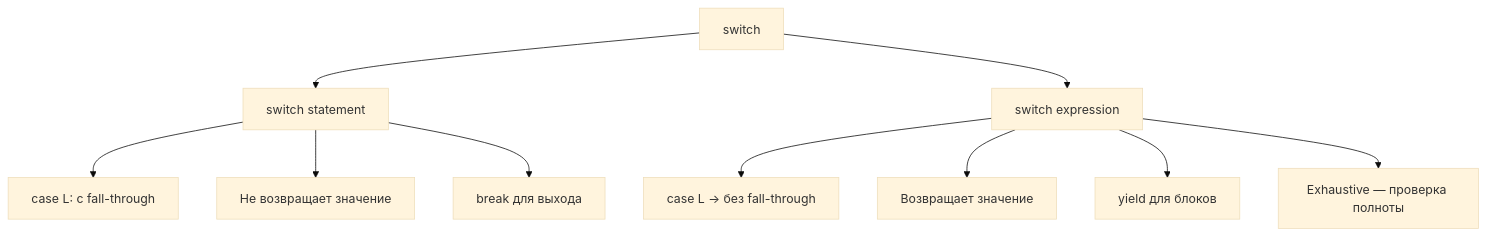
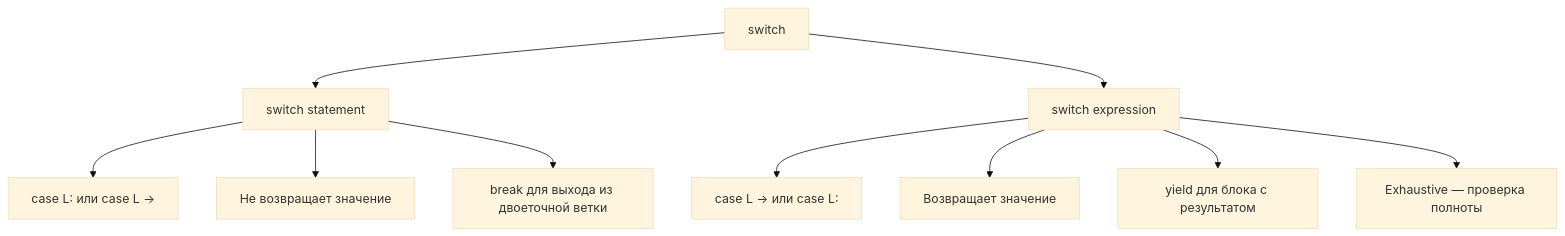
Before and after one commit to akeverus/cheat-sheet: the first of 5 diagrams in cheatsheets/interview/programming-languages/java/java-conditional-statements-interview.md, drawn with Mermaid (base theme). The commit also changed other lines of this file and 154 other files, not shown here.

````diff
--- a/cheatsheets/interview/programming-languages/java/java-conditional-statements-interview.md
+++ b/cheatsheets/interview/programming-languages/java/java-conditional-statements-interview.md
@@ -268,12 +268,12 @@
 ```mermaid
 graph TD
     A[switch] --> B[switch statement]
     A --> C[switch expression]
-    B --> D["case L: с fall-through"]
+    B --> D["case L: или case L ->"]
     B --> E["Не возвращает значение"]
-    B --> F["break для выхода"]
-    C --> G["case L -> без fall-through"]
+    B --> F["break для выхода из двоеточной ветки"]
+    C --> G["case L -> или case L:"]
     C --> H["Возвращает значение"]
-    C --> I["yield для блоков"]
+    C --> I["yield для блока с результатом"]
     C --> J["Exhaustive — проверка полноты"]
 ```
````
